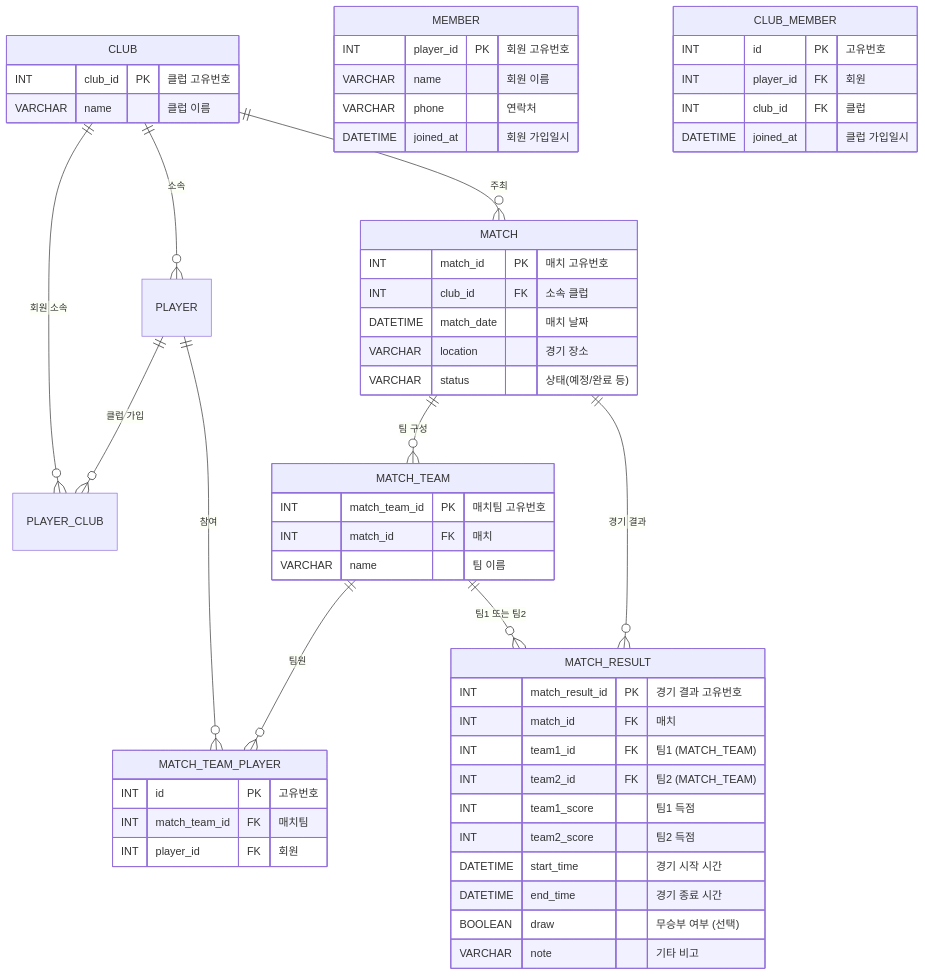
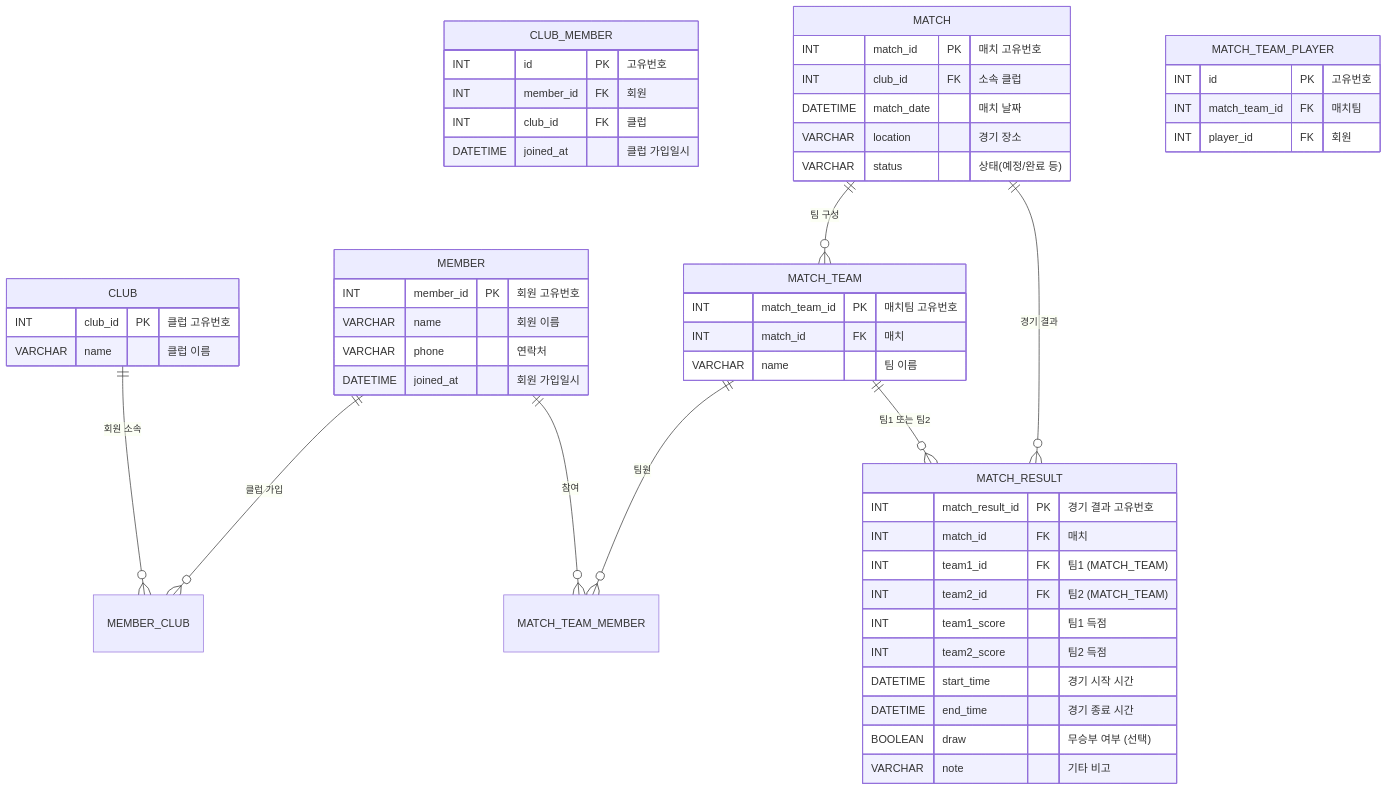
The diagram in ERD.md (fivedragon5/kick-log), drawn with Mermaid before and after one commit.

Commit message:
update. ERD 업데이트

````diff
--- a/ERD.md
+++ b/ERD.md
@@ -2,65 +2,62 @@
 ```mermaid
     erDiagram
     CLUB {
         INT club_id PK "클럽 고유번호"
         VARCHAR name "클럽 이름"
     }
 
     MEMBER {
-        INT player_id PK "회원 고유번호"
+        INT member_id PK "회원 고유번호"
         VARCHAR name "회원 이름"
         VARCHAR phone "연락처"
         DATETIME joined_at "회원 가입일시"
     }
 
    CLUB_MEMBER {
         INT id PK "고유번호"
-        INT player_id FK "회원"
+        INT member_id FK "회원"
         INT club_id FK "클럽"
         DATETIME joined_at "클럽 가입일시"
     }
-
-    CLUB ||--o{ PLAYER_CLUB : "회원 소속"
-    PLAYER ||--o{ PLAYER_CLUB : "클럽 가입"
-    
+ 
         MATCH {
             INT match_id PK "매치 고유번호"
             INT club_id FK "소속 클럽"
             DATETIME match_date "매치 날짜"
             VARCHAR location "경기 장소"
             VARCHAR status "상태(예정/완료 등)"
         }
     
         MATCH_TEAM {
             INT match_team_id PK "매치팀 고유번호"
             INT match_id FK "매치"
             VARCHAR name "팀 이름"
         }
     
         MATCH_TEAM_PLAYER {
             INT id PK "고유번호"
             INT match_team_id FK "매치팀"
             INT player_id FK "회원"
         }
     
         MATCH_RESULT {
             INT match_result_id PK "경기 결과 고유번호"
             INT match_id FK "매치"
             INT team1_id FK "팀1 (MATCH_TEAM)"
             INT team2_id FK "팀2 (MATCH_TEAM)"
             INT team1_score "팀1 득점"
             INT team2_score "팀2 득점"
             DATETIME start_time "경기 시작 시간"
             DATETIME end_time "경기 종료 시간"
             BOOLEAN draw "무승부 여부 (선택)"
             VARCHAR note "기타 비고"
         }
-    
-        CLUB ||--o{ PLAYER : "소속"
-        CLUB ||--o{ MATCH : "주최"
+
+        CLUB ||--o{ MEMBER_CLUB : "회원 소속"
+        MEMBER ||--o{ MEMBER_CLUB : "클럽 가입"
         MATCH ||--o{ MATCH_TEAM : "팀 구성"
-        MATCH_TEAM ||--o{ MATCH_TEAM_PLAYER : "팀원"
-        PLAYER ||--o{ MATCH_TEAM_PLAYER : "참여"
+        MATCH_TEAM ||--o{ MATCH_TEAM_MEMBER : "팀원"
+        MEMBER ||--o{ MATCH_TEAM_MEMBER : "참여"
         MATCH ||--o{ MATCH_RESULT : "경기 결과"
         MATCH_TEAM ||--o{ MATCH_RESULT : "팀1 또는 팀2"
 ```
````
